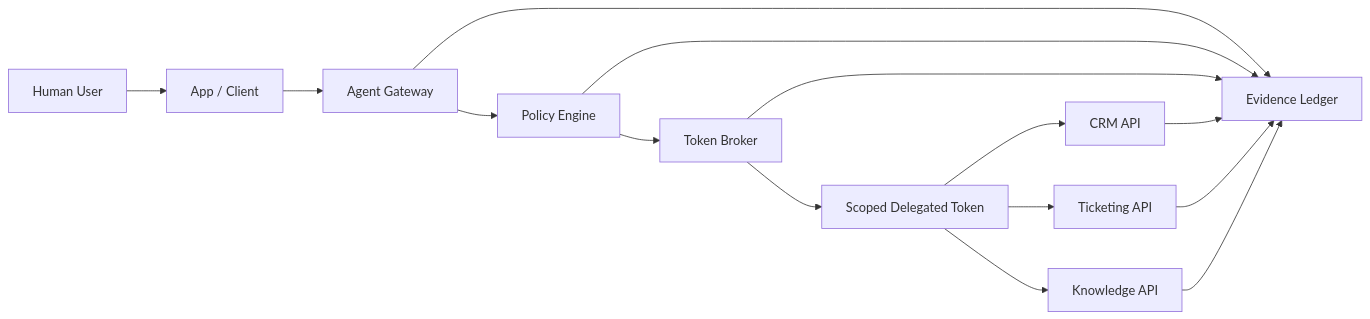
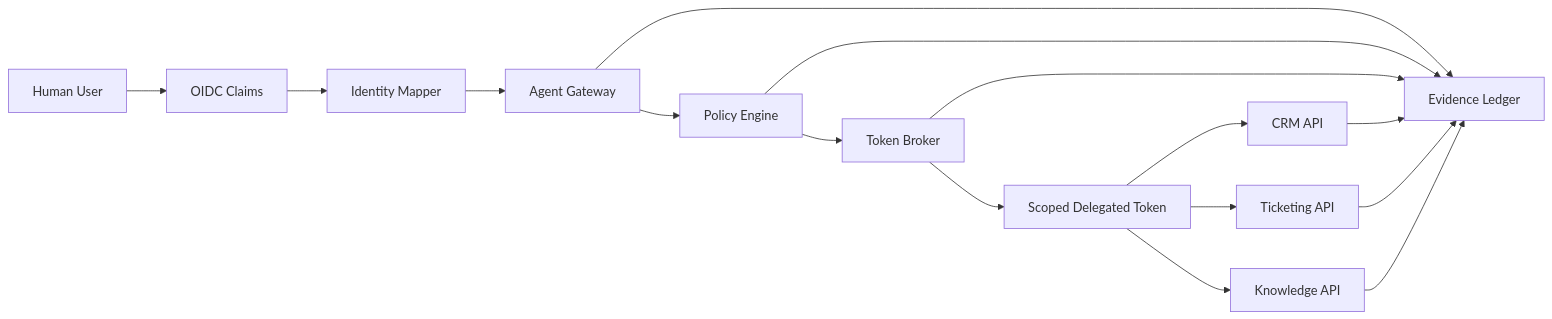
The diagram in README.md (S3curethecloud/SecureTheCloud-Brokered-Agent-Delegation-Lab), drawn with Mermaid before and after one commit. The commit also changed other lines of this file, not shown here.

Commit message:
Document Phase 5A external claims validation simulation

````diff
--- a/README.md
+++ b/README.md
@@ -77,19 +169,20 @@
 ```mermaid
 flowchart LR
-    U[Human User] --> C[App / Client]
-    C --> AG[Agent Gateway]
+    U[Human User] --> OIDC[OIDC Claims]
+    OIDC --> IM[Identity Mapper]
+    IM --> AG[Agent Gateway]
     AG --> PE[Policy Engine]
     PE --> TB[Token Broker]
     TB --> DT[Scoped Delegated Token]
 
     DT --> CRM[CRM API]
     DT --> ITSM[Ticketing API]
     DT --> KB[Knowledge API]
 
     AG --> EV[Evidence Ledger]
     PE --> EV
     TB --> EV
     CRM --> EV
     ITSM --> EV
     KB --> EV
 ```
````
